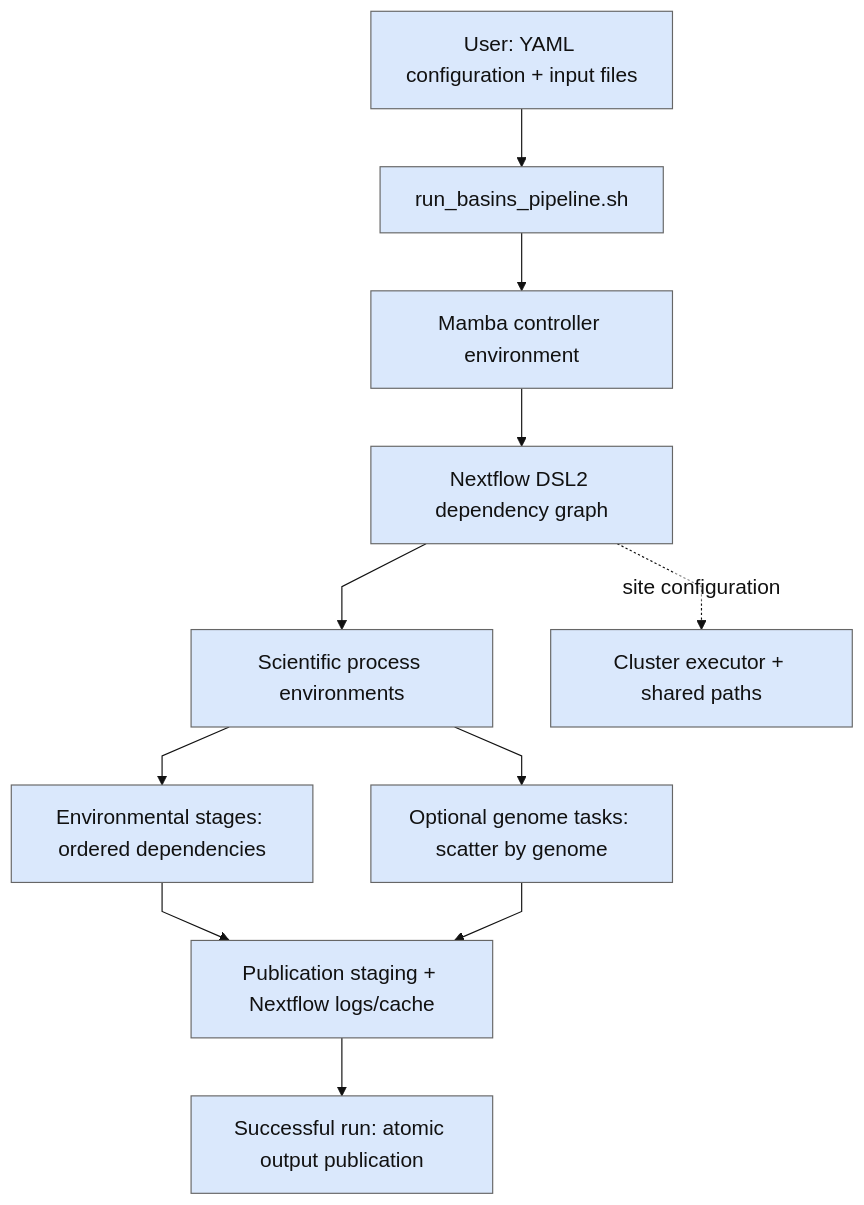
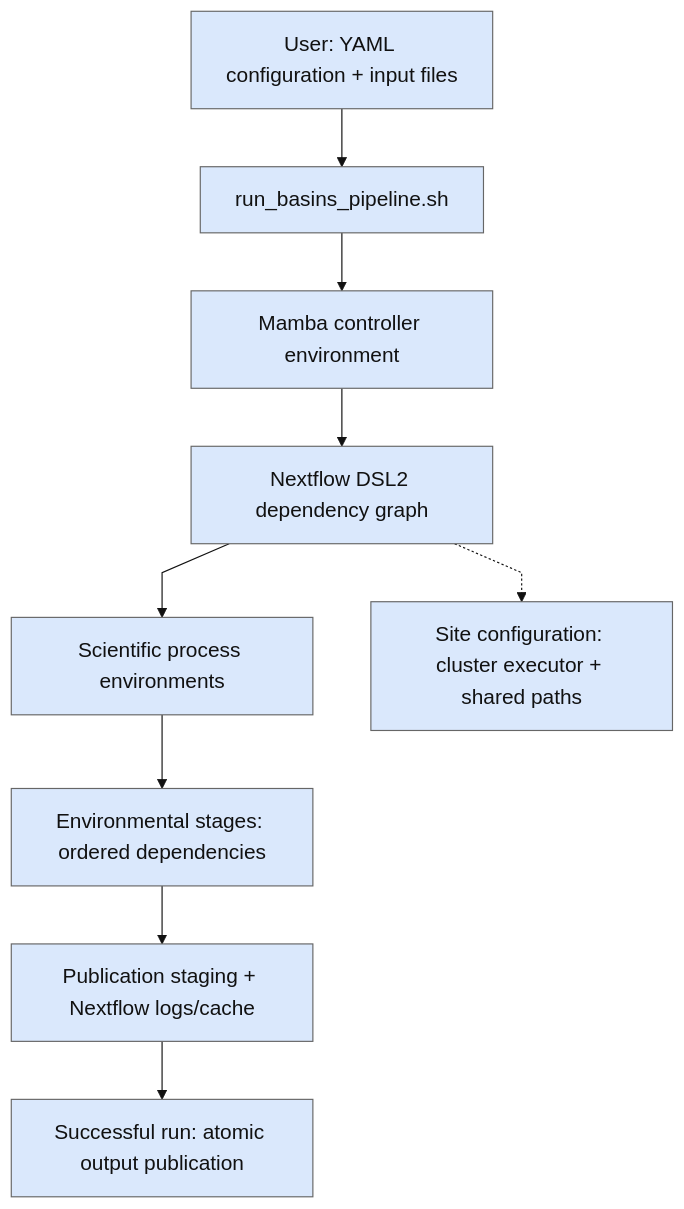
Before and after one commit to hallamlab/BASINS: the diagram in docs/diagrams/architecture.mmd, drawn with Mermaid. The commit also changed 29 other files, not shown here.

```diff
--- a/docs/diagrams/architecture.mmd
+++ b/docs/diagrams/architecture.mmd
@@ -1,12 +1,10 @@
 %%{init: {"theme":"base","themeVariables":{"fontFamily":"Times New Roman, Times, serif","fontSize":"18px","primaryColor":"#DAE8FC","primaryTextColor":"#111111","primaryBorderColor":"#666666","lineColor":"#111111","secondaryColor":"#D5E8D4","tertiaryColor":"#F5F5F5","edgeLabelBackground":"#ffffff"},"flowchart":{"htmlLabels":false,"curve":"linear"}}}%%
 flowchart TB
  A["User: YAML configuration + input files"] --> B["run_basins_pipeline.sh"]
  B --> C["Mamba controller environment"]
  C --> D["Nextflow DSL2 dependency graph"]
  D --> E["Scientific process environments"]
  E --> F["Environmental stages: ordered dependencies"]
- E --> G["Optional genome tasks: scatter by genome"]
  F --> H["Publication staging + Nextflow logs/cache"]
- G --> H
  H --> I["Successful run: atomic output publication"]
- D -. "site configuration" .-> J["Cluster executor + shared paths"]
+ D -.-> J["Site configuration: cluster executor + shared paths"]
```
